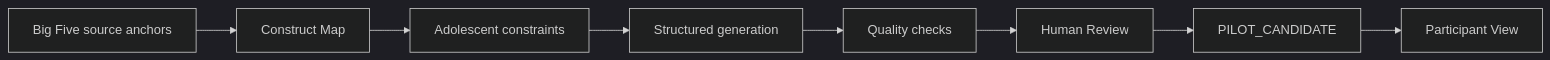
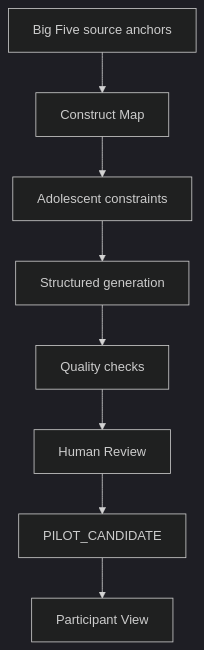
One commit to YaoZeLiu0417/LLM_Psychometric changed the diagram in README.md. Above: the diagram before and after it, drawn with Mermaid (dark theme).

Commit message:
docs: improve Mermaid workflow readability

````diff
--- a/README.md
+++ b/README.md
@@ -49,10 +49,10 @@
 ```mermaid
-flowchart LR
+flowchart TB
     A["Big Five source anchors"] --> B["Construct Map"]
     B --> C["Adolescent constraints"]
     C --> D["Structured generation"]
     D --> E["Quality checks"]
     E --> F["Human Review"]
     F --> G["PILOT_CANDIDATE"]
     G --> H["Participant View"]
 ```
````
